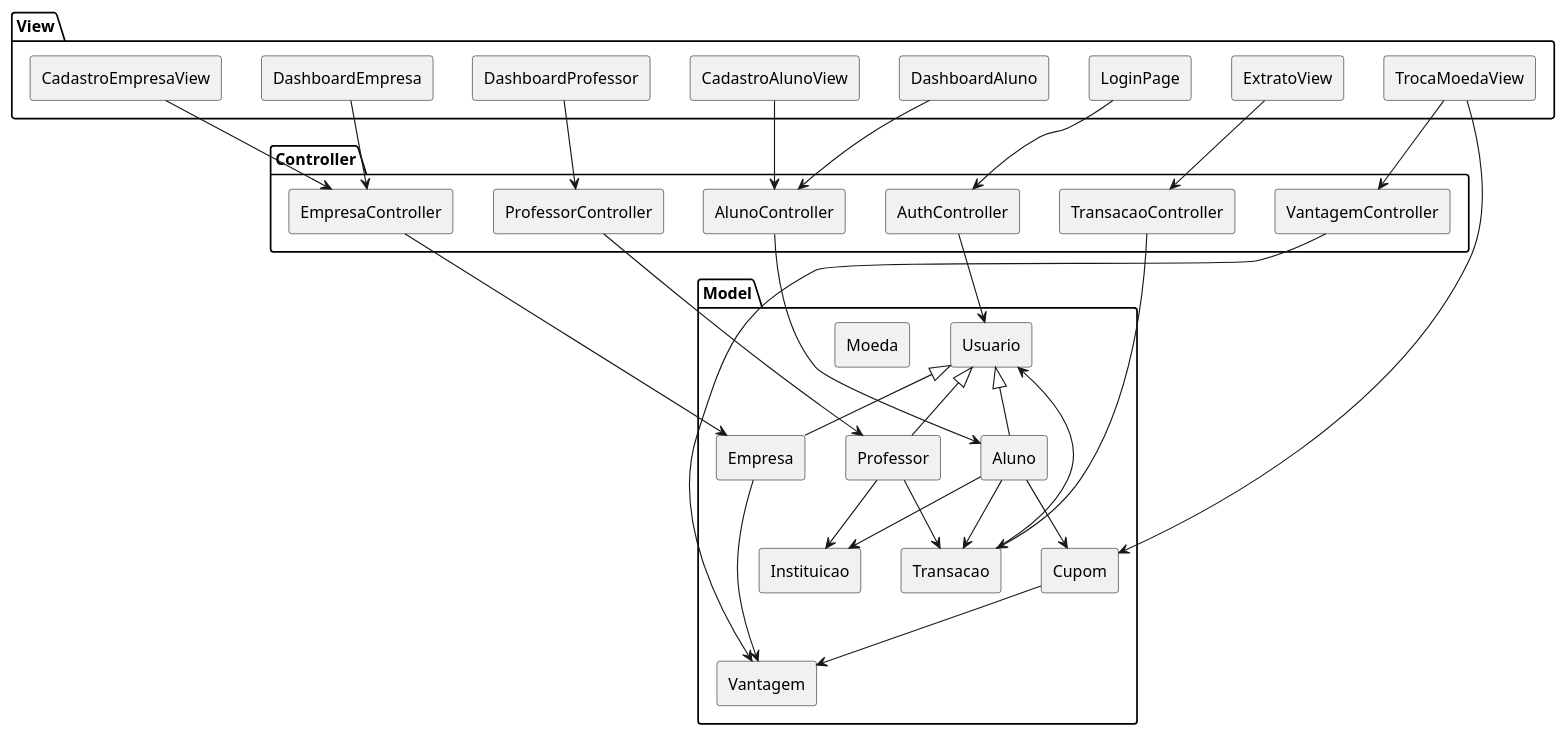
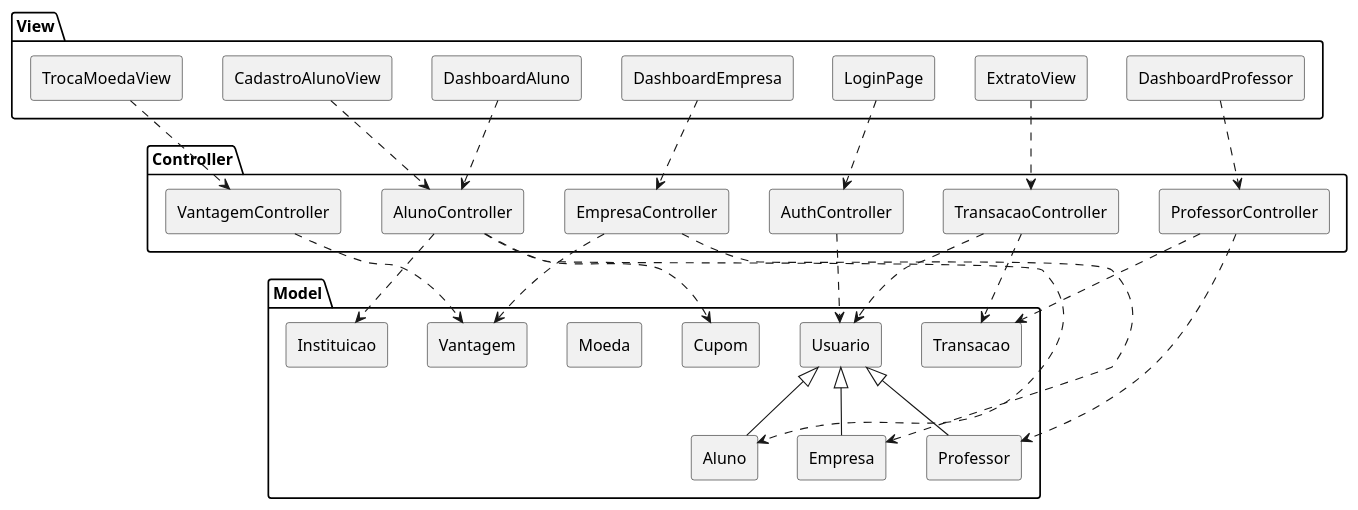
One commit to hegdt/lds-3 changed the diagram in project/code/components.puml. Above: the diagram before and after it, drawn with PlantUML. The commit also changed 5 other files, not shown here.

Commit message:
update diagramas

```diff
--- a/project/code/components.puml
+++ b/project/code/components.puml
@@ -1,66 +1,62 @@
 @startuml
 skinparam componentStyle rectangle
 
 package "View" {
   [LoginPage]
   [DashboardAluno]
   [DashboardProfessor]
   [DashboardEmpresa]
   [ExtratoView]
   [TrocaMoedaView]
   [CadastroAlunoView]
-  [CadastroEmpresaView]
 }
 
 package "Controller" {
   [AuthController]
   [AlunoController]
   [ProfessorController]
   [EmpresaController]
   [VantagemController]
   [TransacaoController]
 }
 
 package "Model" {
   [Usuario]
   [Aluno]
   [Professor]
   [Empresa]
   [Instituicao]
   [Vantagem]
   [Moeda]
   [Transacao]
   [Cupom]
 }
 
-[LoginPage] --> [AuthController]
-[DashboardAluno] --> [AlunoController]
-[DashboardProfessor] --> [ProfessorController]
-[DashboardEmpresa] --> [EmpresaController]
-[ExtratoView] --> [TransacaoController]
-[TrocaMoedaView] --> [VantagemController]
-[CadastroAlunoView] --> [AlunoController]
-[CadastroEmpresaView] --> [EmpresaController]
+' Conexões View -> Controller
+[LoginPage] ..> [AuthController]
+[DashboardAluno] ..> [AlunoController]
+[DashboardProfessor] ..> [ProfessorController]
+[DashboardEmpresa] ..> [EmpresaController]
+[ExtratoView] ..> [TransacaoController]
+[TrocaMoedaView] ..> [VantagemController]
+[CadastroAlunoView] ..> [AlunoController]
 
-[AuthController] --> [Usuario]
-[AlunoController] --> [Aluno]
-[ProfessorController] --> [Professor]
-[EmpresaController] --> [Empresa]
-[VantagemController] --> [Vantagem]
-[TransacaoController] --> [Transacao]
-[TrocaMoedaView] --> [Cupom]
+' Conexões Controller -> Model
+[AuthController] ..> [Usuario]
+[AlunoController] ..> [Aluno]
+[AlunoController] ..> [Instituicao]
+[AlunoController] ..> [Cupom]
+[ProfessorController] ..> [Professor]
+[ProfessorController] ..> [Transacao]
+[EmpresaController] ..> [Empresa]
+[EmpresaController] ..> [Vantagem]
+[VantagemController] ..> [Vantagem]
+[TransacaoController] ..> [Transacao]
+[TransacaoController] ..> [Usuario]
 
+' Herança
 [Usuario] <|-- [Aluno]
 [Usuario] <|-- [Professor]
 [Usuario] <|-- [Empresa]
 
-[Aluno] --> [Instituicao]
-[Professor] --> [Instituicao]
-[Empresa] --> [Vantagem]
-[Aluno] --> [Transacao]
-[Professor] --> [Transacao]
-[Transacao] --> [Usuario]
-[Cupom] --> [Vantagem]
-[Aluno] --> [Cupom]
-
 @enduml
```
